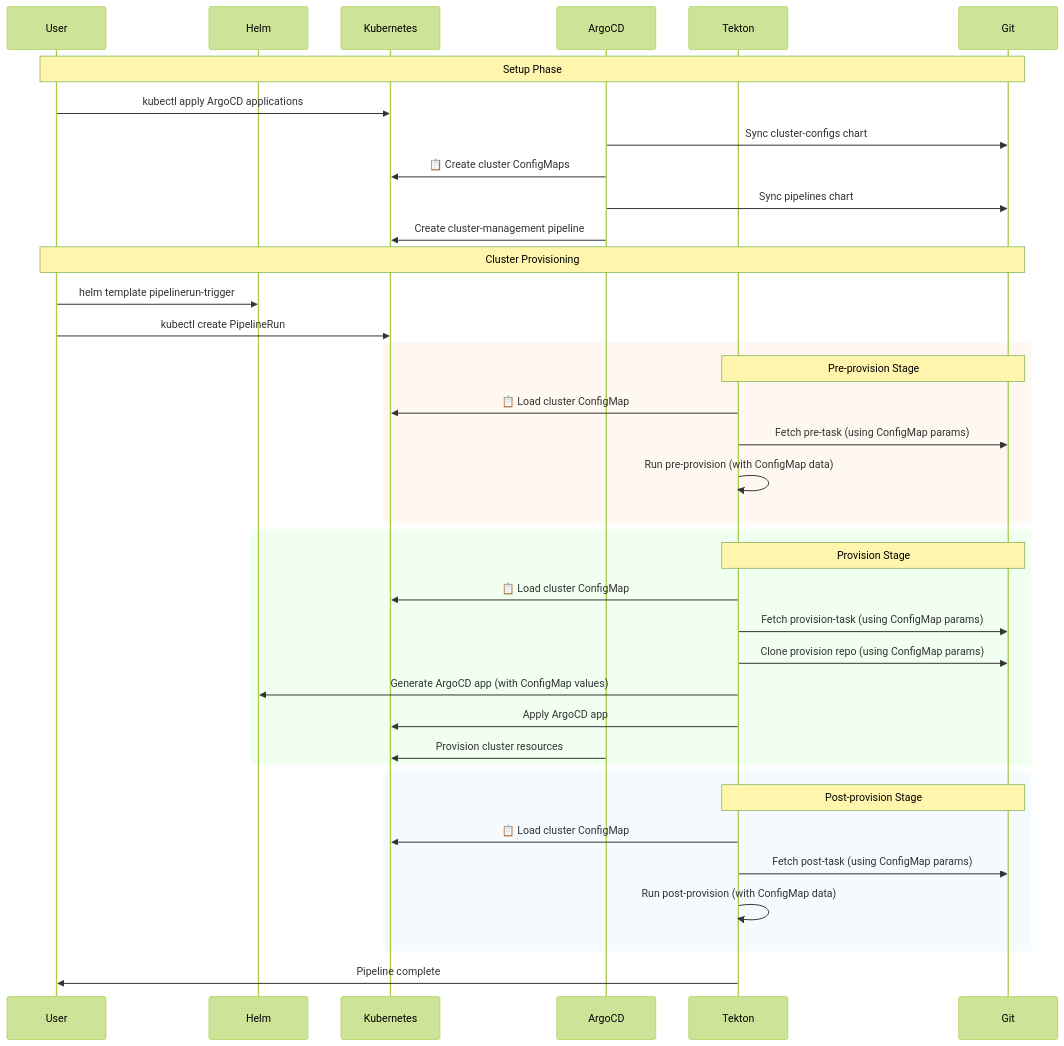
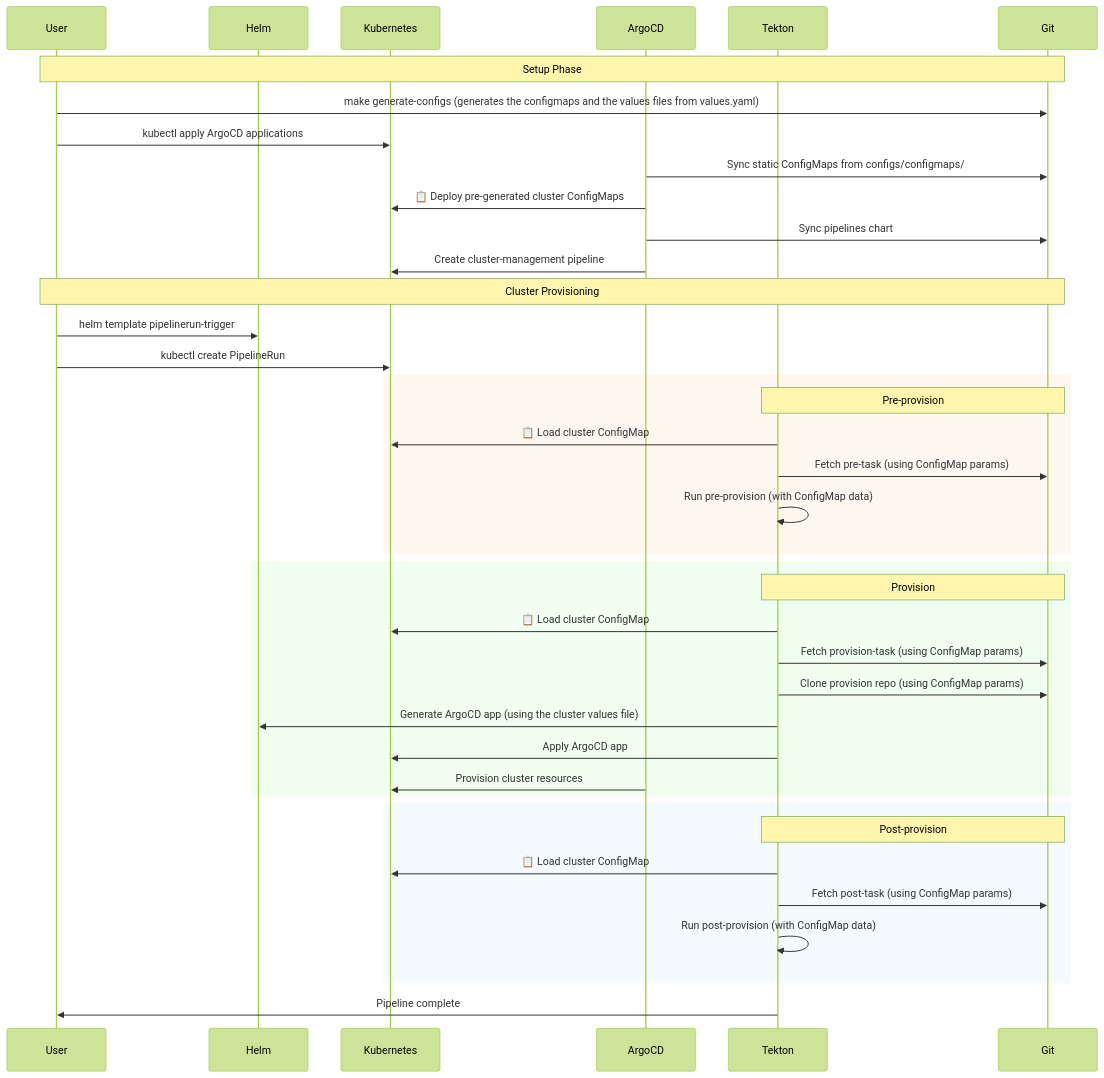
Before and after one commit to jmelis/regionality: the diagram in README.md, drawn with Mermaid (forest theme). The commit also changed other lines of this file and 25 other files, not shown here.

First line of the commit message:
MAJOR: Complete architecture redesign from dynamic to static configuration generation

````diff
--- a/README.md
+++ b/README.md
@@ -46,46 +54,47 @@
 ```mermaid
 sequenceDiagram
     participant User
     participant Helm
     participant K8s as Kubernetes
     participant ArgoCD
     participant Tekton
     participant Git
 
     Note over User,Git: Setup Phase
+    User->>Git: make generate-configs (generates the configmaps and the values files from values.yaml)
     User->>K8s: kubectl apply ArgoCD applications
-    ArgoCD->>Git: Sync cluster-configs chart
-    ArgoCD->>K8s: 📋 Create cluster ConfigMaps
+    ArgoCD->>Git: Sync static ConfigMaps from configs/configmaps/
+    ArgoCD->>K8s: 📋 Deploy pre-generated cluster ConfigMaps
     ArgoCD->>Git: Sync pipelines chart
     ArgoCD->>K8s: Create cluster-management pipeline
 
     Note over User,Git: Cluster Provisioning
     User->>Helm: helm template pipelinerun-trigger
     User->>K8s: kubectl create PipelineRun
 
     rect rgb(255, 248, 240)
-        Note over Tekton,Git: Pre-provision Stage
+        Note over Tekton,Git: Pre-provision
         Tekton->>K8s: 📋 Load cluster ConfigMap
         Tekton->>Git: Fetch pre-task (using ConfigMap params)
         Tekton->>Tekton: Run pre-provision (with ConfigMap data)
     end
 
     rect rgb(240, 255, 240)
-        Note over Tekton,Git: Provision Stage
+        Note over Tekton,Git: Provision
         Tekton->>K8s: 📋 Load cluster ConfigMap
         Tekton->>Git: Fetch provision-task (using ConfigMap params)
         Tekton->>Git: Clone provision repo (using ConfigMap params)
-        Tekton->>Helm: Generate ArgoCD app (with ConfigMap values)
+        Tekton->>Helm: Generate ArgoCD app (using the cluster values file)
         Tekton->>K8s: Apply ArgoCD app
         ArgoCD->>K8s: Provision cluster resources
     end
 
     rect rgb(245, 250, 255)
-        Note over Tekton,Git: Post-provision Stage
+        Note over Tekton,Git: Post-provision
         Tekton->>K8s: 📋 Load cluster ConfigMap
         Tekton->>Git: Fetch post-task (using ConfigMap params)
         Tekton->>Tekton: Run post-provision (with ConfigMap data)
     end
 
     Tekton->>User: Pipeline complete
 ```
````
